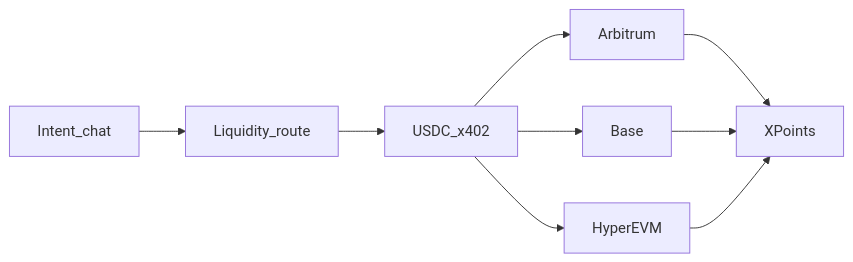
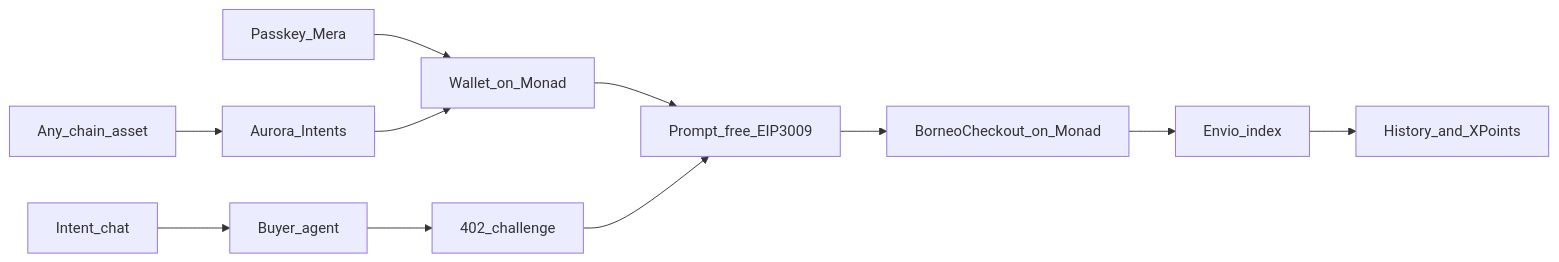
One commit to itzsihui/Metropolis changed the diagram in README.md. Above: the diagram before and after it, drawn with Mermaid. The commit also changed other lines of this file, not shown here.

First line of the commit message:
Rewrite the README introduction for Monad Metropolis

````diff
--- a/README.md
+++ b/README.md
@@ -32,11 +31,13 @@
 ```mermaid
 flowchart LR
-  intent[Intent_chat] --> route[Liquidity_route]
-  route --> settle[USDC_x402]
-  settle --> arb[Arbitrum]
-  settle --> base[Base]
-  settle --> hyper[HyperEVM]
-  arb --> earn[XPoints]
-  base --> earn
-  hyper --> earn
+  passkey[Passkey_Mera] --> wallet[Wallet_on_Monad]
+  anychain[Any_chain_asset] --> aurora[Aurora_Intents]
+  aurora --> wallet
+  intent[Intent_chat] --> agent[Buyer_agent]
+  agent --> x402[402_challenge]
+  wallet --> sign[Prompt_free_EIP3009]
+  x402 --> sign
+  sign --> checkout[BorneoCheckout_on_Monad]
+  checkout --> envio[Envio_index]
+  envio --> history[History_and_XPoints]
 ```
````
